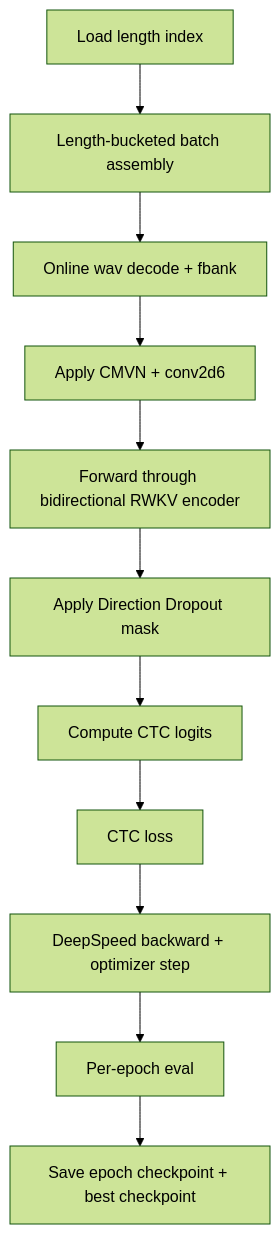
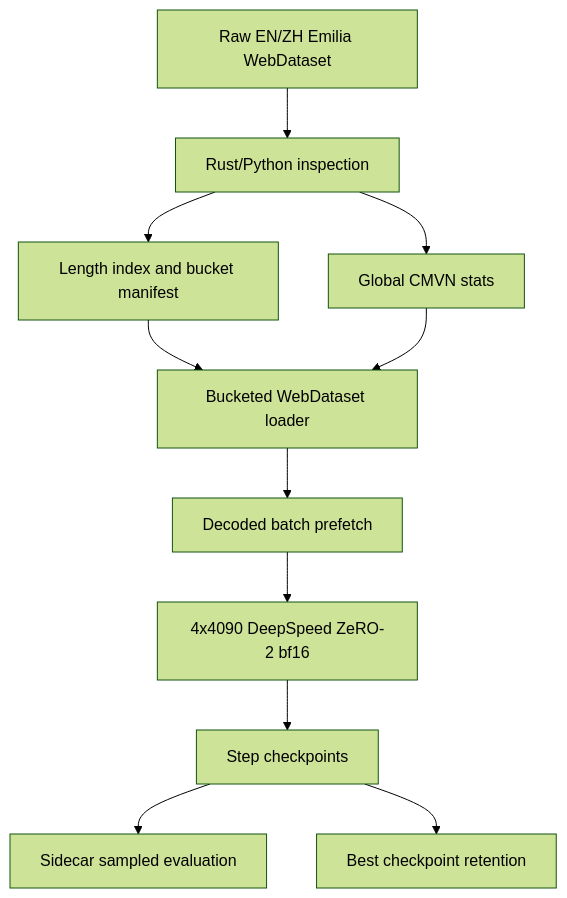
One commit to yynil/rwkvasr_longform_asr changed the second of 3 diagrams in README.md. Above: the diagram before and after it, drawn with Mermaid (forest theme). The commit also changed other lines of this file and 43 other files, not shown here.

````diff
--- a/README.md
+++ b/README.md
@@ -112,13 +57,13 @@
 ```mermaid
 flowchart TD
-    A[Load length index] --> B[Length-bucketed batch assembly]
-    B --> C[Online wav decode + fbank]
-    C --> D[Apply CMVN + conv2d6]
-    D --> E[Forward through bidirectional RWKV encoder]
-    E --> F[Apply Direction Dropout mask]
-    F --> G[Compute CTC logits]
-    G --> H[CTC loss]
-    H --> I[DeepSpeed backward + optimizer step]
-    I --> J[Per-epoch eval]
-    J --> K[Save epoch checkpoint + best checkpoint]
+    A[Raw EN/ZH Emilia WebDataset] --> B[Rust/Python inspection]
+    B --> C[Length index and bucket manifest]
+    B --> D[Global CMVN stats]
+    C --> E[Bucketed WebDataset loader]
+    D --> E
+    E --> F[Decoded batch prefetch]
+    F --> G[4x4090 DeepSpeed ZeRO-2 bf16]
+    G --> H[Step checkpoints]
+    H --> I[Sidecar sampled evaluation]
+    H --> J[Best checkpoint retention]
 ```
````
